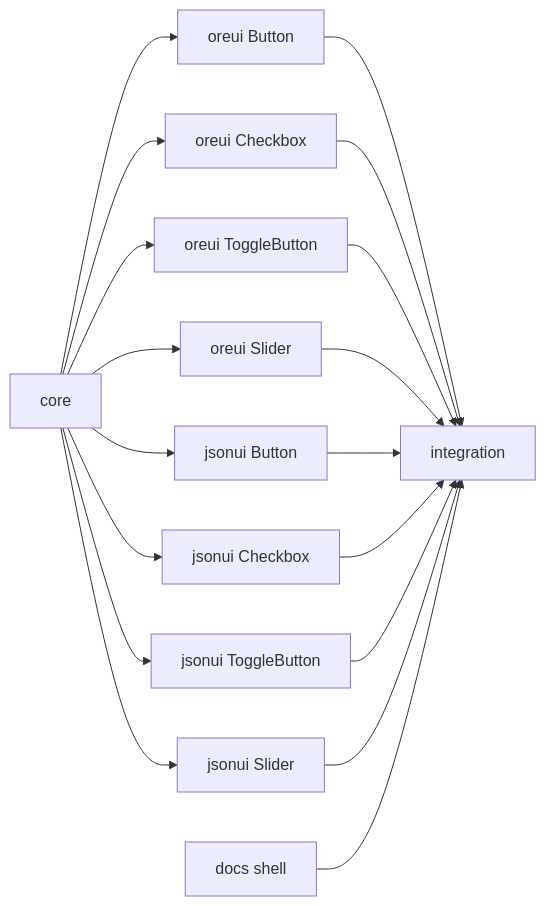
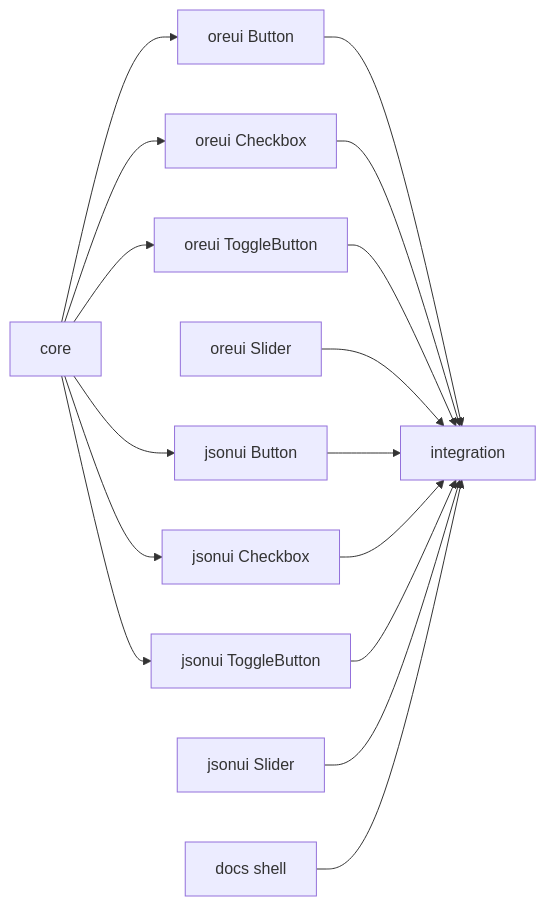
One commit to PresentKim/ore-ui-react changed the second of 3 diagrams in docs/plans/2026-10-29-foundation.md. Above: the diagram before and after it, drawn with Mermaid. The commit also changed other lines of this file, not shown here.

````diff
--- a/docs/plans/2026-10-29-foundation.md
+++ b/docs/plans/2026-10-29-foundation.md
@@ -69,32 +69,32 @@
 ```mermaid
 flowchart LR
   T1[core]
   T2[oreui Button]
   T3[oreui Checkbox]
   T4[oreui ToggleButton]
   T5[oreui Slider]
   T6[jsonui Button]
   T7[jsonui Checkbox]
   T8[jsonui ToggleButton]
   T9[jsonui Slider]
   T10[docs shell]
   T11[integration]
   %% taskgraph
   T1 --> T2
   T1 --> T3
   T1 --> T4
-  T1 --> T5
+  T5
   T1 --> T6
   T1 --> T7
   T1 --> T8
-  T1 --> T9
+  T9
   T2 --> T11
   T3 --> T11
   T4 --> T11
   T5 --> T11
   T6 --> T11
   T7 --> T11
   T8 --> T11
   T9 --> T11
   T10 --> T11
 ```
````
